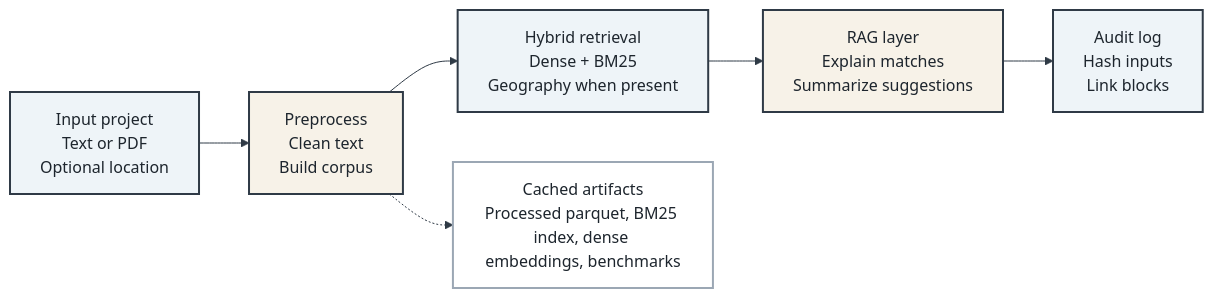
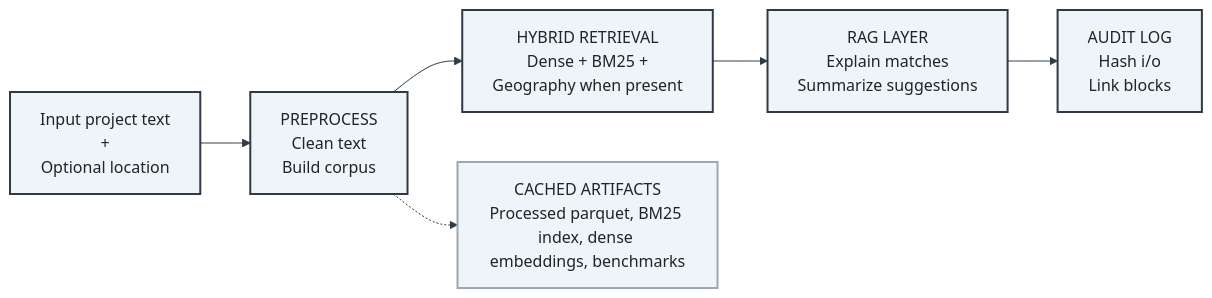
Before and after one commit to riccardopll/luiss-ey-xai: the diagram in assets/pipeline.mmd, drawn with Mermaid. The commit also changed 1 other file, not shown here.

Commit message:
Polish report tables and pipeline diagram

```diff
--- a/assets/pipeline.mmd
+++ b/assets/pipeline.mmd
@@ -1,19 +1,19 @@
-%%{init: {"theme": "base", "themeVariables": {"fontFamily": "Arial", "primaryColor": "#eef4f8", "primaryTextColor": "#1d252d", "primaryBorderColor": "#2f3a46", "lineColor": "#2f3a46", "secondaryColor": "#f7f2e8", "tertiaryColor": "#ffffff"}}}%%
+%%{init: {"theme": "base", "themeVariables": {"fontFamily": "Arial", "primaryColor": "#eef4f8", "primaryTextColor": "#1d252d", "primaryBorderColor": "#2f3a46", "lineColor": "#2f3a46", "secondaryColor": "#eef4f8", "tertiaryColor": "#eef4f8"}}}%%
 flowchart LR
-    input["Input project<br/>Text or PDF<br/>Optional location"]
-    preprocess["Preprocess<br/>Clean text<br/>Build corpus"]
-    retrieval["Hybrid retrieval<br/>Dense + BM25<br/>Geography when present"]
-    rag["RAG layer<br/>Explain matches<br/>Summarize suggestions"]
-    audit["Audit log<br/>Hash inputs<br/>Link blocks"]
-    cache["Cached artifacts<br/>Processed parquet, BM25 index, dense embeddings, benchmarks"]
+    input["Input project text<br/>+<br/>Optional location"]
+    preprocess["PREPROCESS<br/>Clean text<br/>Build corpus"]
+    retrieval["HYBRID RETRIEVAL<br/>Dense + BM25 +<br/>Geography when present"]
+    rag["RAG LAYER<br/>Explain matches<br/>Summarize suggestions"]
+    audit["AUDIT LOG<br/>Hash i/o<br/>Link blocks"]
+    cache["CACHED ARTIFACTS<br/>Processed parquet, BM25 index, dense embeddings, benchmarks"]
 
     input --> preprocess --> retrieval --> rag --> audit
     preprocess -.-> cache
 
     classDef main fill:#eef4f8,stroke:#2f3a46,stroke-width:2px,color:#1d252d;
-    classDef warm fill:#f7f2e8,stroke:#2f3a46,stroke-width:2px,color:#1d252d;
-    classDef cache fill:#ffffff,stroke:#9ba7b4,stroke-width:2px,color:#1d252d;
+    classDef warm fill:#eef4f8,stroke:#2f3a46,stroke-width:2px,color:#1d252d;
+    classDef cache fill:#eef4f8,stroke:#9ba7b4,stroke-width:2px,color:#1d252d;
 
     class input,retrieval,audit main;
     class preprocess,rag warm;
     class cache cache;
```
